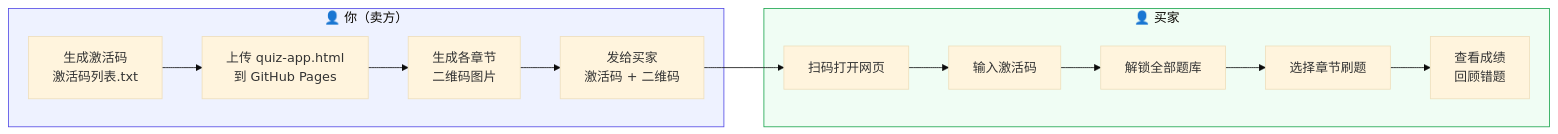
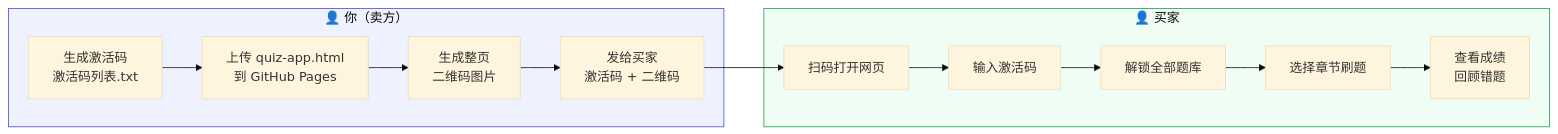
Before and after one commit to U1-1-AI/quiz: the fourth of 4 diagrams in 刷题网页制作流程.md, drawn with Mermaid (base theme). The commit also changed other lines of this file and 2 other files, not shown here.

````diff
--- a/刷题网页制作流程.md
+++ b/刷题网页制作流程.md
@@ -138,20 +138,20 @@
 ```mermaid
 flowchart LR
     subgraph Seller["👤 你（卖方）"]
         S1["生成激活码<br/>激活码列表.txt"] --> S2["上传 quiz-app.html<br/>到 GitHub Pages"]
-        S2 --> S3["生成各章节<br/>二维码图片"]
+        S2 --> S3["生成整页<br/>二维码图片"]
         S3 --> S4["发给买家<br/>激活码 + 二维码"]
     end
     
     subgraph Buyer["👤 买家"]
         B1["扫码打开网页"] --> B2["输入激活码"]
         B2 --> B3["解锁全部题库"]
         B3 --> B4["选择章节刷题"]
         B4 --> B5["查看成绩<br/>回顾错题"]
     end
     
     S4 --> B1
 
     style Seller fill:#eef2ff,stroke:#4f46e5
     style Buyer fill:#f0fdf4,stroke:#16a34a
 ```
````
